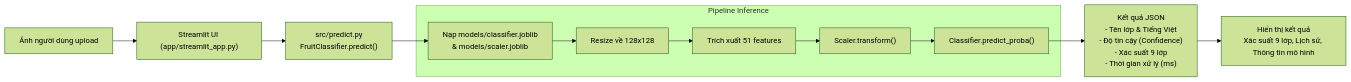
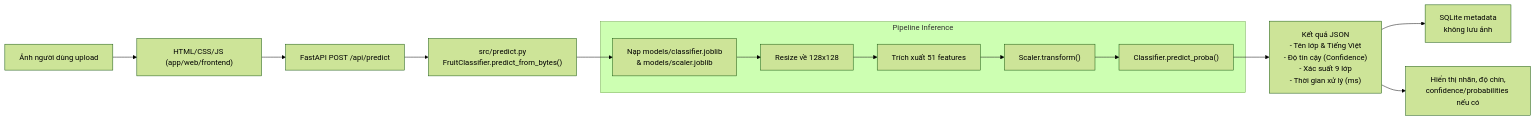
Before and after one commit to trantienvn/fruit-classification: the second of 2 diagrams in context/architecture.md, drawn with Mermaid (forest theme). The commit also changed other lines of this file and 45 other files, not shown here.

First line of the commit message:
feat: Implement REST API for FruitClassifier with health check, prediction, history, and statistics endpoints

````diff
--- a/context/architecture.md
+++ b/context/architecture.md
@@ -87,18 +97,20 @@
 ```mermaid
 flowchart LR
-    UserImage["Ảnh người dùng upload"] --> Streamlit["Streamlit UI (app/streamlit_app.py)"]
-    Streamlit --> PredictEngine["src/predict.py<br/>FruitClassifier.predict()"]
+    UserImage["Ảnh người dùng upload"] --> WebUI["HTML/CSS/JS (app/web/frontend)"]
+    WebUI --> API["FastAPI POST /api/predict"]
+    API --> PredictEngine["src/predict.py<br/>FruitClassifier.predict_from_bytes()"]
     
     subgraph InferencePipeline ["Pipeline Inference"]
         LoadArt["Nạp models/classifier.joblib<br/>& models/scaler.joblib"]
         Resize["Resize về 128x128"]
         Extract["Trích xuất 51 features"]
         Scale["Scaler.transform()"]
         Predict["Classifier.predict_proba()"]
     end
     
     PredictEngine --> LoadArt
     LoadArt --> Resize --> Extract --> Scale --> Predict
     Predict --> ResultJSON["Kết quả JSON<br/>- Tên lớp & Tiếng Việt<br/>- Độ tin cậy (Confidence)<br/>- Xác suất 9 lớp<br/>- Thời gian xử lý (ms)"]
-    ResultJSON --> StreamlitView["Hiển thị kết quả<br/>Xác suất 9 lớp, Lịch sử, Thông tin mô hình"]
+    ResultJSON --> History["SQLite metadata<br/>không lưu ảnh"]
+    ResultJSON --> WebView["Hiển thị nhãn, độ chín,<br/>confidence/probabilities nếu có"]
 ```
````
